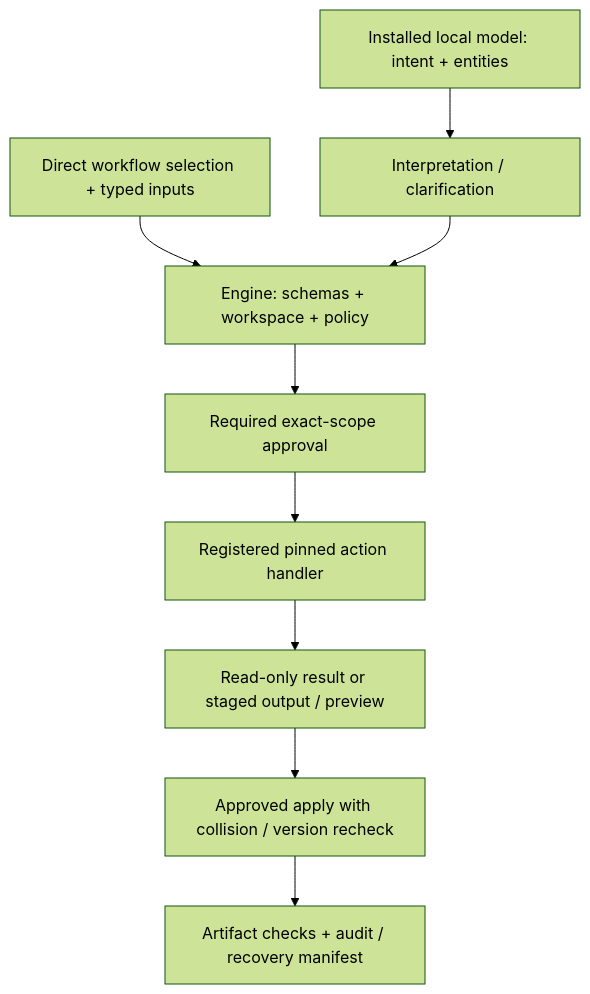
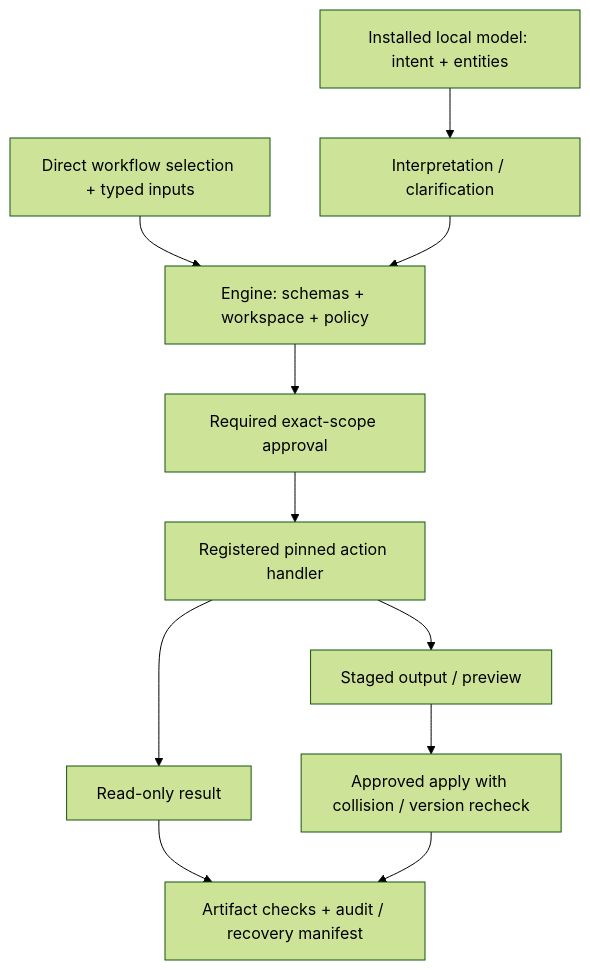
The second of 2 diagrams in docs/architecture.md (roshan-davis/orbit), drawn with Mermaid (forest theme) before and after one commit. The commit also changed 3 other files, not shown here.

````diff
--- a/docs/architecture.md
+++ b/docs/architecture.md
@@ -75,11 +75,13 @@
 ```mermaid
 flowchart TD
   Direct[Direct workflow selection + typed inputs] --> Validate
   Intent[Installed local model: intent + entities] --> Clarify[Interpretation / clarification]
   Clarify --> Validate[Engine: schemas + workspace + policy]
   Validate --> Approval[Required exact-scope approval]
   Approval --> Handler[Registered pinned action handler]
-  Handler --> Stage[Read-only result or staged output / preview]
+  Handler --> Read[Read-only result]
+  Read --> Evidence[Artifact checks + audit / recovery manifest]
+  Handler --> Stage[Staged output / preview]
   Stage --> Apply[Approved apply with collision / version recheck]
-  Apply --> Evidence[Artifact checks + audit / recovery manifest]
+  Apply --> Evidence
 ```
````
